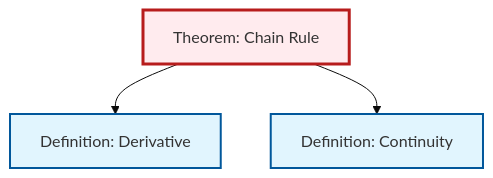
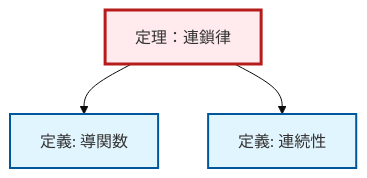
Before and after one commit to RK0429/ModernMath: the second of 2 diagrams in content/ja/analysis/thm-chain-rule.qmd, drawn with Mermaid (base theme). The commit also changed 1069 other files, not shown here.

````diff
--- a/content/ja/analysis/thm-chain-rule.qmd
+++ b/content/ja/analysis/thm-chain-rule.qmd
@@ -90,17 +90,17 @@
 ```{mermaid}
 %%| fig-cap: "Local dependency graph"
 graph TD
     classDef definition fill:#e1f5fe,stroke:#01579b,stroke-width:2px
     classDef theorem fill:#f3e5f5,stroke:#4a148c,stroke-width:2px
     classDef axiom fill:#fff3e0,stroke:#e65100,stroke-width:2px
     classDef example fill:#e8f5e9,stroke:#1b5e20,stroke-width:2px
     classDef current fill:#ffebee,stroke:#b71c1c,stroke-width:3px
-    def-derivative["Definition: Derivative"]:::definition
-    thm-chain-rule["Theorem: Chain Rule"]:::theorem
-    def-continuity["Definition: Continuity"]:::definition
+    thm-chain-rule["定理：連鎖律"]:::theorem
+    def-derivative["定義: 導関数"]:::definition
+    def-continuity["定義: 連続性"]:::definition
     thm-chain-rule --> def-derivative
     thm-chain-rule --> def-continuity
     class thm-chain-rule current
-    click def-derivative "def-derivative.html" "Definition: Derivativeへ"
-    click def-continuity "def-continuity.html" "Definition: Continuityへ"
+    click def-derivative "def-derivative.html" "導関数の定義へ"
+    click def-continuity "def-continuity.html" "連続性の定義へ"
 ```
````
